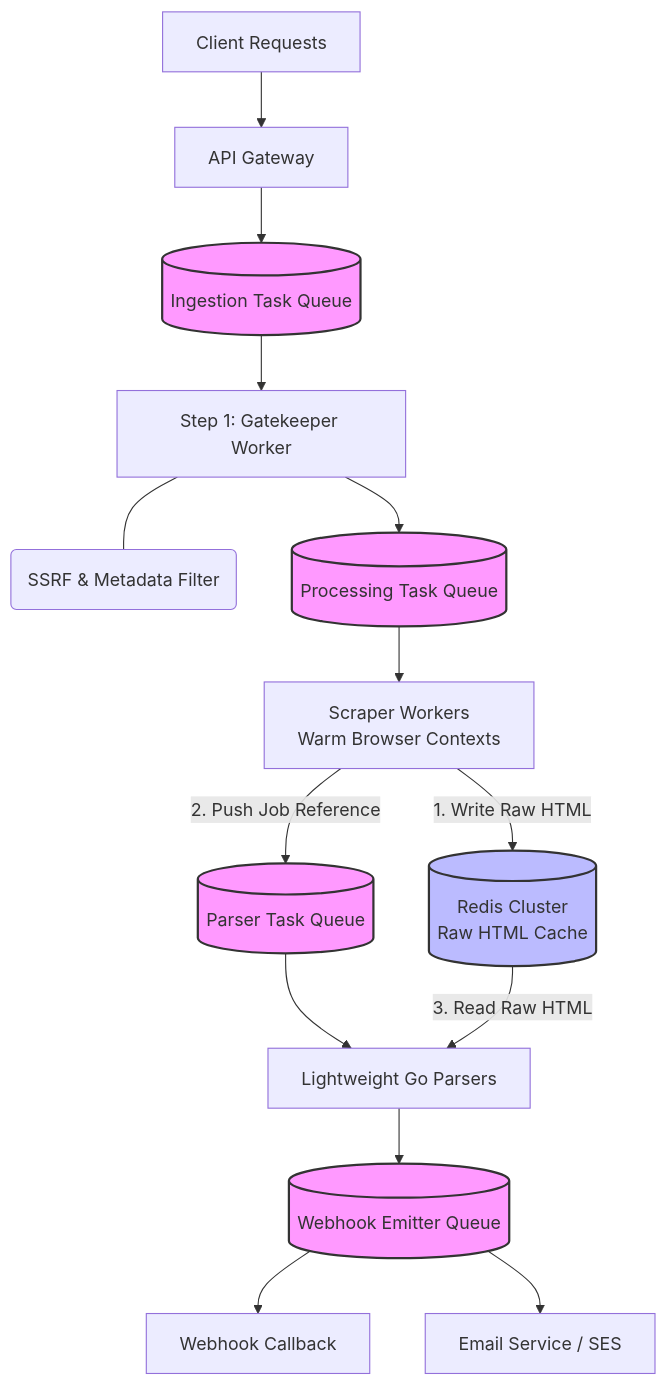
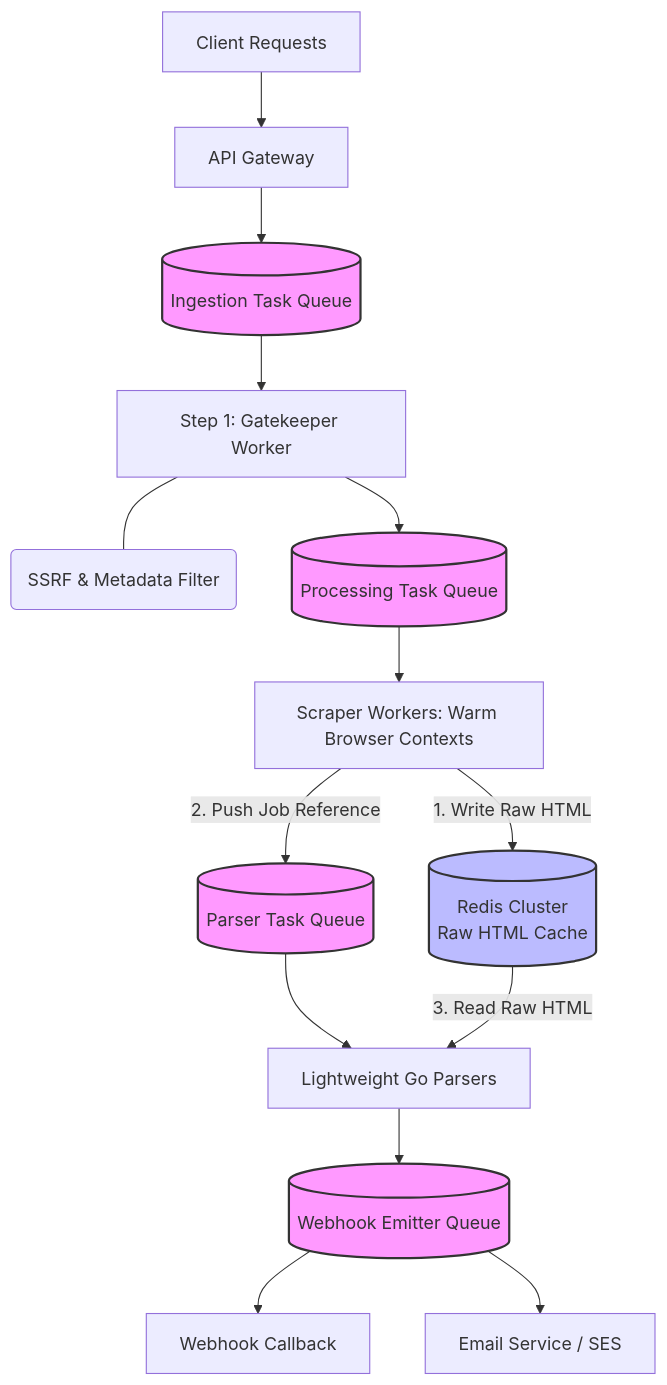
One commit to Chandra179/atlas changed the diagram in blog/astro/src/content/docs/web-scrapping.md. Above: the diagram before and after it, drawn with Mermaid. The commit also changed 14 other files, not shown here.

````diff
--- a/blog/astro/src/content/docs/web-scrapping.md
+++ b/blog/astro/src/content/docs/web-scrapping.md
@@ -51,29 +51,29 @@
 ```mermaid
 graph TD
     Client[Client Requests] --> Gateway[API Gateway]
     Gateway --> IngestQueue[(Ingestion Task Queue)]
     IngestQueue --> Gatekeeper[Step 1: Gatekeeper Worker]
     Gatekeeper --- Filter(SSRF & Metadata Filter)
 
     Gatekeeper --> ProcQueue[(Processing Task Queue)]
 
-    ProcQueue --> Scraper[Scraper Workers <br> Warm Browser Contexts]
+    ProcQueue --> Scraper[Scraper Workers: Warm Browser Contexts]
 
     %% Scraper Pipeline (Claim Check Pattern)
     Scraper -->|1. Write Raw HTML| Redis[(Redis Cluster <br> Raw HTML Cache)]
     Scraper -->|2. Push Job Reference| ParseQueue[(Parser Task Queue)]
     ParseQueue --> GoParser[Lightweight Go Parsers]
     Redis -->|3. Read Raw HTML| GoParser
     GoParser --> WebhookQueue[(Webhook Emitter Queue)]
 
     %% Delivery Handoff
     WebhookQueue --> WebhookCB[Webhook Callback]
     WebhookQueue --> Email[Email Service / SES]
 
     %% Styles for readability
     style IngestQueue fill:#f9f,stroke:#333,stroke-width:2px
     style ProcQueue fill:#f9f,stroke:#333,stroke-width:2px
     style ParseQueue fill:#f9f,stroke:#333,stroke-width:2px
     style WebhookQueue fill:#f9f,stroke:#333,stroke-width:2px
     style Redis fill:#bbf,stroke:#333,stroke-width:2px
 ```
````
